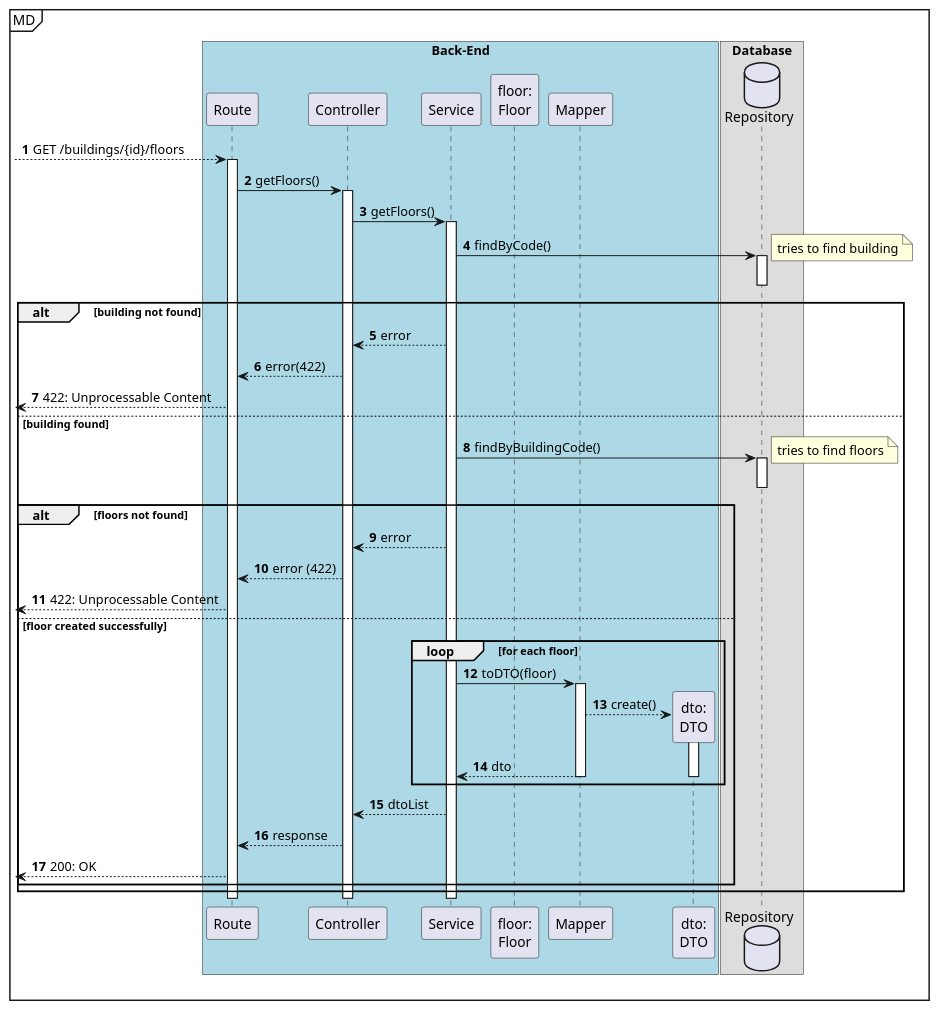
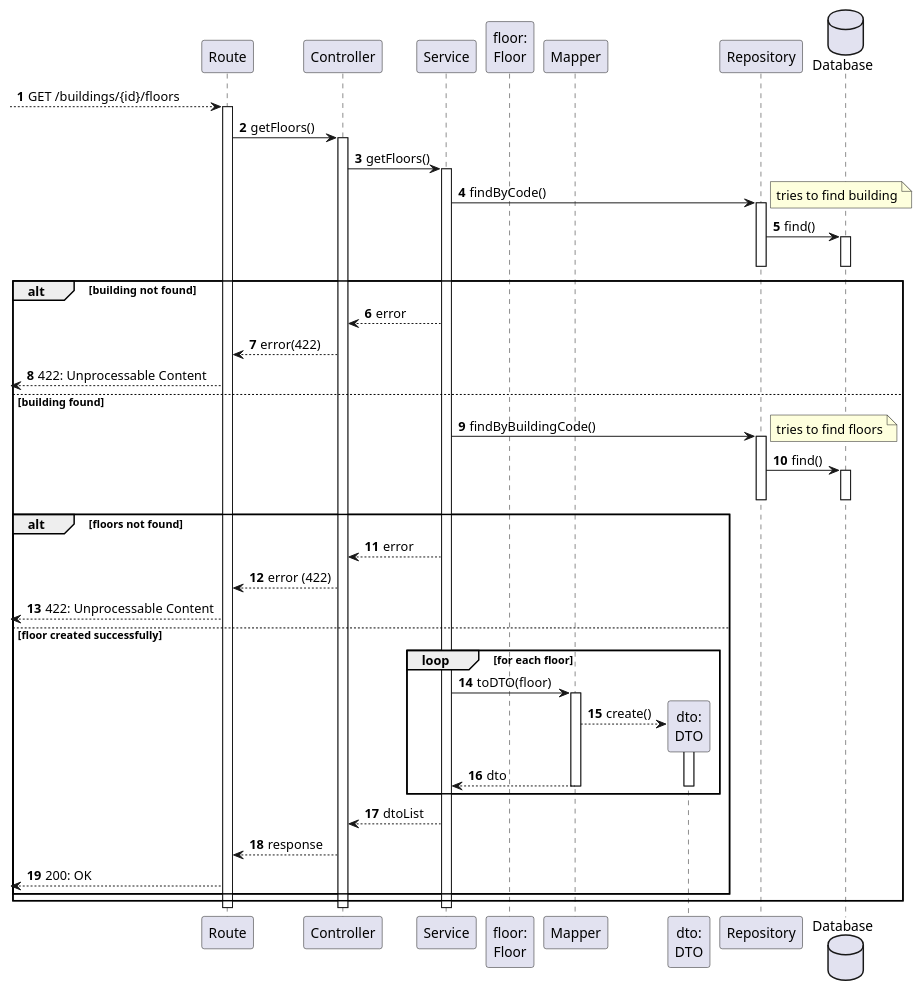
One commit to Departamento-de-Engenharia-Informatica/lapr5-23-24-g19 changed the diagram in docs/us210/level3/process-view.puml. Above: the diagram before and after it, drawn with PlantUML. The commit also changed 1 other file, not shown here.

Commit message:
docs(us210): represented the Database in level3 process view

```diff
--- a/docs/us210/level3/process-view.puml
+++ b/docs/us210/level3/process-view.puml
@@ -1,66 +1,68 @@
 @startuml
 autonumber
 
-mainframe MD
-box "Back-End" #LightBlue
 participant "Route" as r
 participant "Controller" as ctrl
 participant "Service" as svc
 
 participant "floor:\nFloor" as floor
 participant "Mapper" as map
 participant "dto:\nDTO" as dto
-end box
 
-box "Database"
-database "Repository" as repo
-end box
+participant "Repository" as repo
+database "Database" as db
 
 [--> r: GET /buildings/{id}/floors
 activate r
     r -> ctrl : getFloors()
     activate ctrl
         ctrl -> svc : getFloors()
         activate svc
             svc -> repo : findByCode()
             note right : tries to find building
             activate repo
+                repo -> db : find()
+                activate db
+                deactivate db
             deactivate repo
 
             alt building not found
                 svc --> ctrl : error
                 ctrl --> r : error(422)
                 [<-- r : 422: Unprocessable Content
             else building found
                 svc -> repo : findByBuildingCode()
                 note right : tries to find floors
+                activate repo
+                    repo -> db : find()
+                    activate db
+                    deactivate db
+                deactivate repo
 
-                activate repo
-                deactivate repo
                 alt floors not found
                     svc --> ctrl : error
                     ctrl --> r : error (422)
                     [<-- r : 422: Unprocessable Content
                 else floor created successfully
 
                 loop for each floor
                     svc -> map : toDTO(floor)
 
                     activate map
                         map --> dto** : create()
                         activate dto
                             map --> svc : dto
                         deactivate dto
                     deactivate map
                 end loop
 
                     svc --> ctrl : dtoList
                     ctrl --> r : response
                     [<-- r : 200: OK
                 end
             end
         deactivate svc
     deactivate ctrl
 deactivate r
 
 @enduml
```
